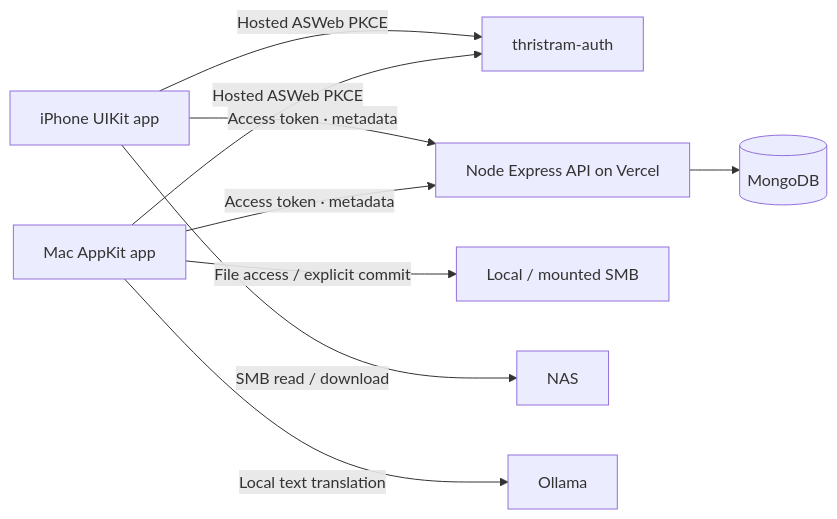
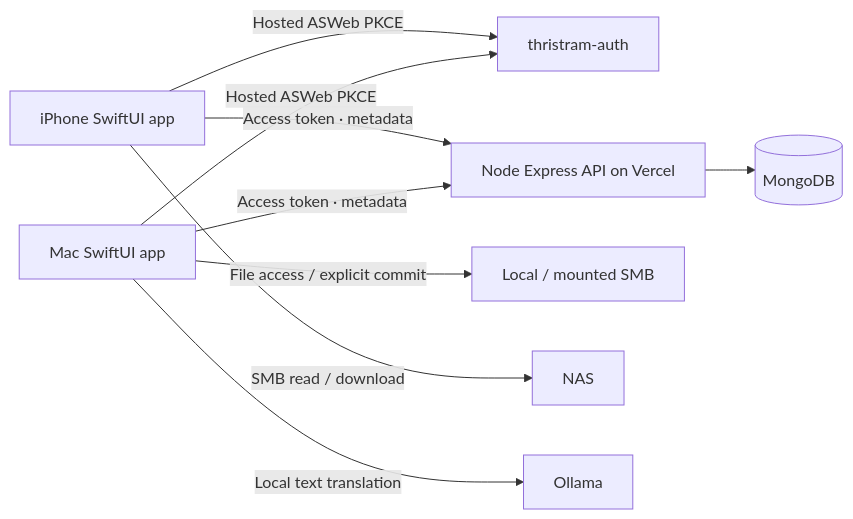
Before and after one commit to thristram/MangaReader: the diagram in docs/spec.md, drawn with Mermaid. The commit also changed other lines of this file and 92 other files, not shown here.

````diff
--- a/docs/spec.md
+++ b/docs/spec.md
@@ -5,11 +5,11 @@
 ```mermaid
 flowchart LR
-  Mac[Mac AppKit app] -->|Hosted ASWeb PKCE| Auth[thristram-auth]
-  Phone[iPhone UIKit app] -->|Hosted ASWeb PKCE| Auth
+  Mac[Mac SwiftUI app] -->|Hosted ASWeb PKCE| Auth[thristram-auth]
+  Phone[iPhone SwiftUI app] -->|Hosted ASWeb PKCE| Auth
   Mac -->|Access token · metadata| API[Node Express API on Vercel]
   Phone -->|Access token · metadata| API
   API --> Mongo[(MongoDB)]
   Mac -->|File access / explicit commit| Local[Local / mounted SMB]
   Phone -->|SMB read / download| NAS[NAS]
   Mac -->|Local text translation| Ollama[Ollama]
 ```
````
